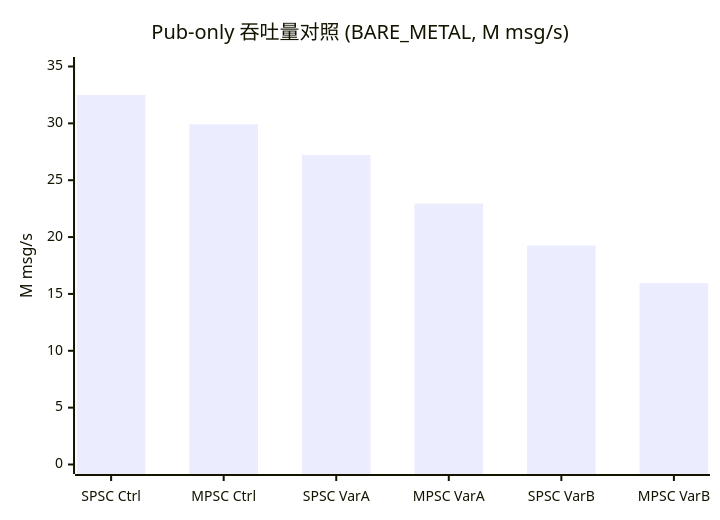
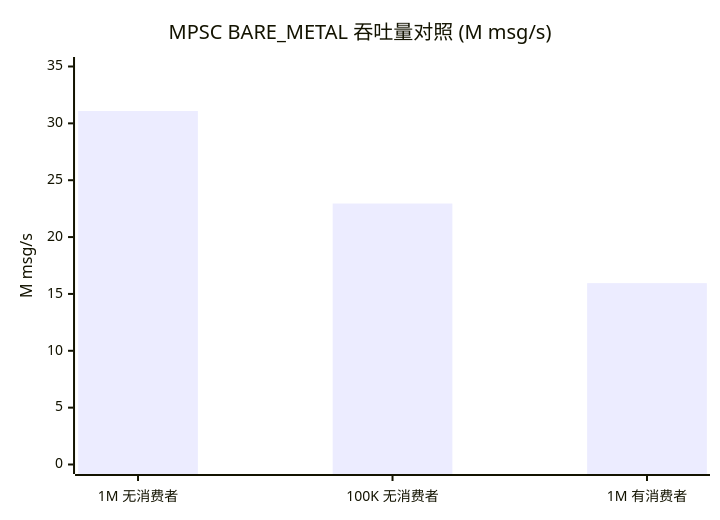
Before and after one commit to DeguiLiu/tech-notes: the second of 3 diagrams in content/posts/mccc/MCCC_Competitive_Analysis.md, drawn with Mermaid. The commit also changed other lines of this file and 2 other files, not shown here.

````diff
--- a/content/posts/mccc/MCCC_Competitive_Analysis.md
+++ b/content/posts/mccc/MCCC_Competitive_Analysis.md
@@ -293,7 +158,7 @@
 ```mermaid
 xychart-beta
-    title "Pub-only 吞吐量对照 (BARE_METAL, M msg/s)"
-    x-axis ["SPSC Ctrl", "MPSC Ctrl", "SPSC VarA", "MPSC VarA", "SPSC VarB", "MPSC VarB"]
+    title "MPSC BARE_METAL 吞吐量对照 (M msg/s)"
+    x-axis ["1M 无消费者", "100K 无消费者", "1M 有消费者"]
     y-axis "M msg/s" 0 --> 35
-    bar [32.49, 29.91, 27.21, 22.95, 19.26, 15.95]
+    bar [31.09, 22.95, 15.95]
 ```
````
